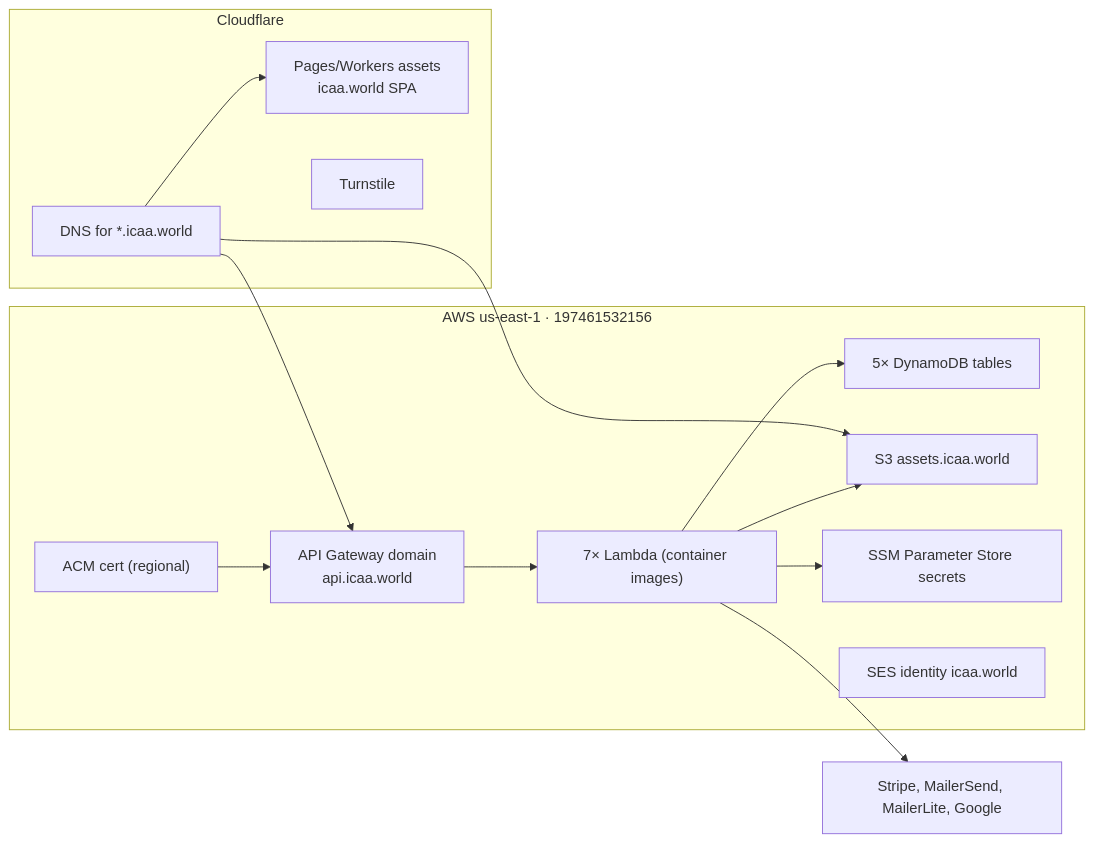
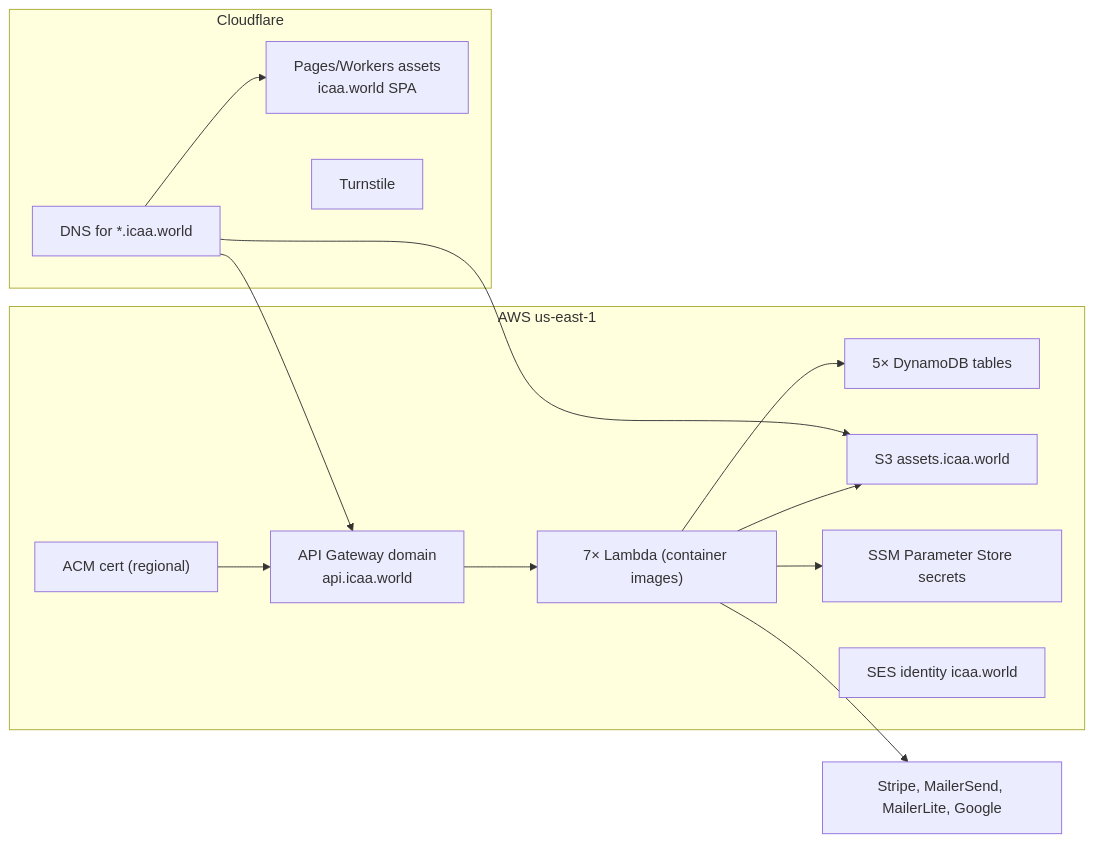
The diagram in docs/infrastructure.md (International-Combat-Archery-Alliance/system-docs), drawn with Mermaid before and after one commit. The commit also changed other lines of this file and 7 other files, not shown here.

````diff
--- a/docs/infrastructure.md
+++ b/docs/infrastructure.md
@@ -5,26 +5,26 @@
 ```mermaid
 flowchart LR
     subgraph CF ["Cloudflare"]
         DNS["DNS for *.icaa.world"]
         PAGES["Pages/Workers assets<br/>icaa.world SPA"]
         TU["Turnstile"]
     end
-    subgraph AWS ["AWS us-east-1 · 197461532156"]
+    subgraph AWS ["AWS us-east-1"]
         ACM["ACM cert (regional)"]
         GW["API Gateway domain<br/>api.icaa.world"]
         LAMBDA["7× Lambda (container images)"]
         DDB["5× DynamoDB tables"]
         S3["S3 assets.icaa.world"]
         SSM["SSM Parameter Store secrets"]
         SES["SES identity icaa.world"]
     end
     EXT["Stripe, MailerSend, MailerLite, Google"]
     DNS --> PAGES
     DNS --> GW
     ACM --> GW
     GW --> LAMBDA --> DDB
     LAMBDA --> S3
     LAMBDA --> SSM
     LAMBDA --> EXT
     DNS --> S3
 ```
````
